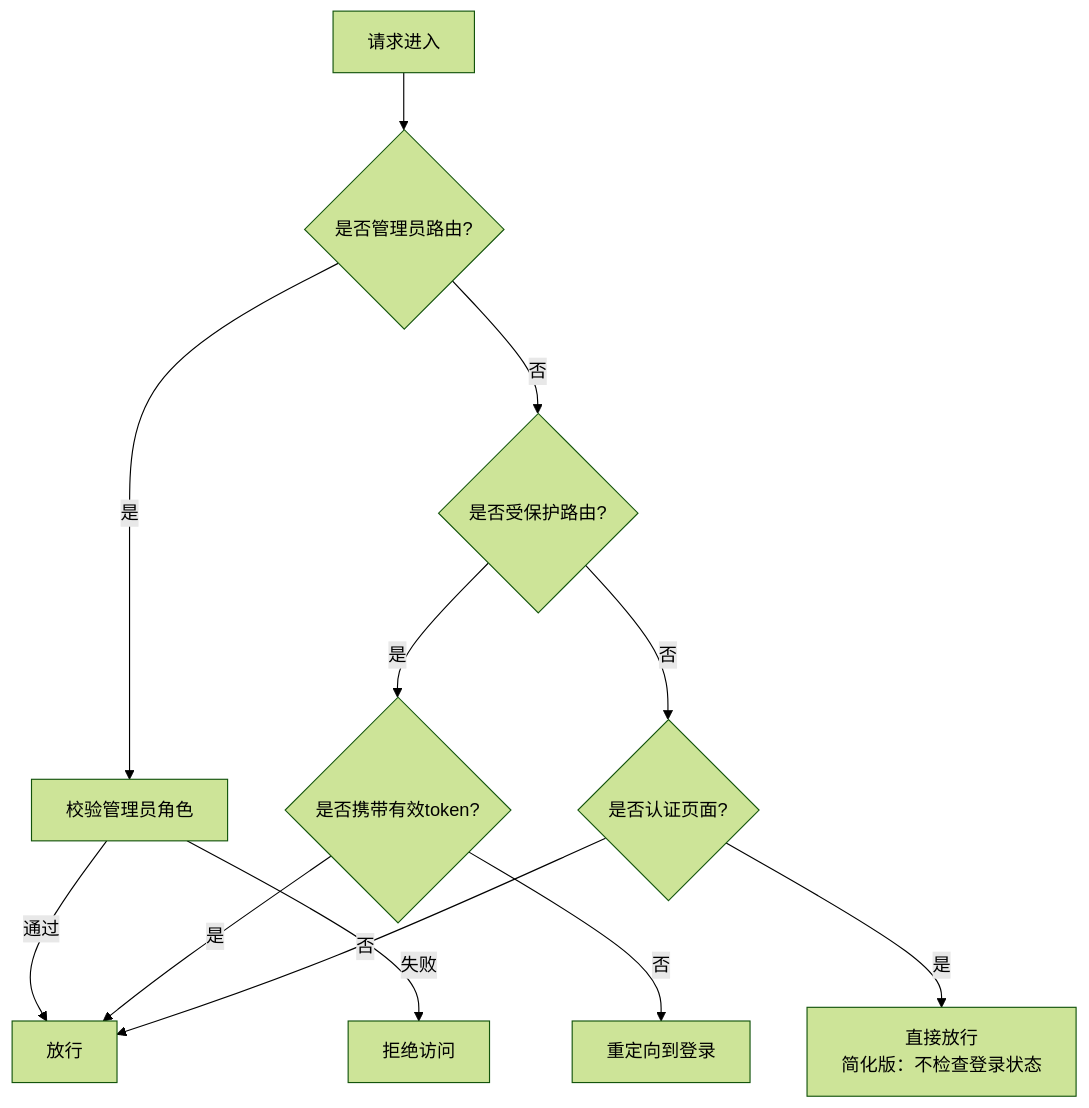
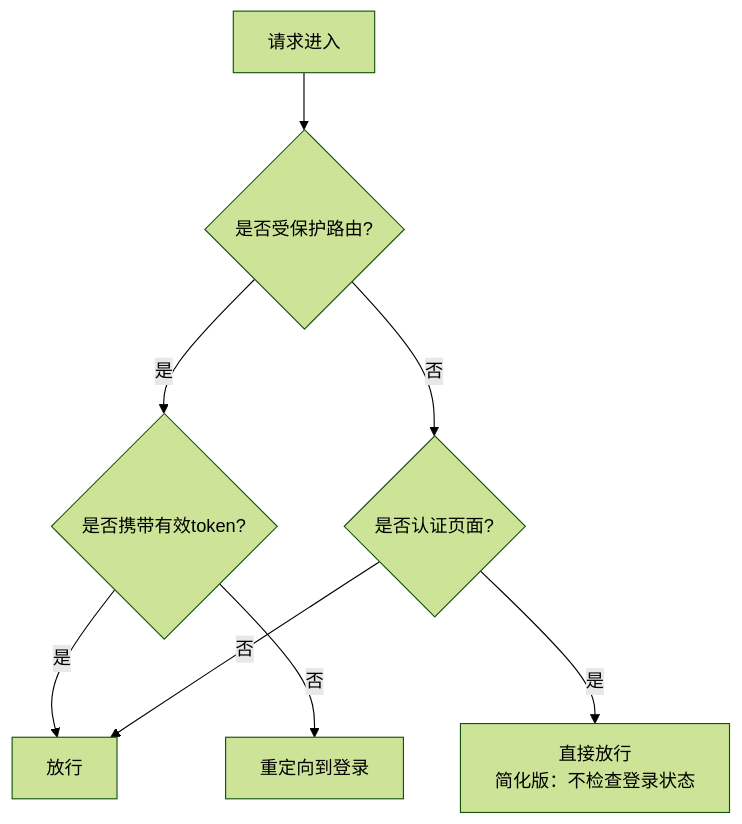
Before and after one commit to kangkang919/xinya: the fifth of 7 diagrams in .qoder/repowiki/zh/content/用户认证系统/认证中间件.md, drawn with Mermaid (forest theme). The commit also changed other lines of this file and 35 other files, not shown here.

````diff
--- a/.qoder/repowiki/zh/content/用户认证系统/认证中间件.md
+++ b/.qoder/repowiki/zh/content/用户认证系统/认证中间件.md
@@ -250,14 +238,10 @@
 ```mermaid
 flowchart TD
-Req["请求进入"] --> RoleCheck{"是否管理员路由?"}
-RoleCheck --> |是| AdminCheck["校验管理员角色"]
-AdminCheck --> |通过| Allow["放行"]
-AdminCheck --> |失败| Deny["拒绝访问"]
-RoleCheck --> |否| ProtectedCheck{"是否受保护路由?"}
+Req["请求进入"] --> ProtectedCheck{"是否受保护路由?"}
 ProtectedCheck --> |是| TokenCheck{"是否携带有效token?"}
-TokenCheck --> |是| Allow
+TokenCheck --> |是| Allow["放行"]
 TokenCheck --> |否| RedirectLogin["重定向到登录"]
 ProtectedCheck --> |否| AuthPageCheck{"是否认证页面?"}
 AuthPageCheck --> |是| DirectAccess["直接放行<br/>简化版：不检查登录状态"]
 AuthPageCheck --> |否| Allow
 ```
````
